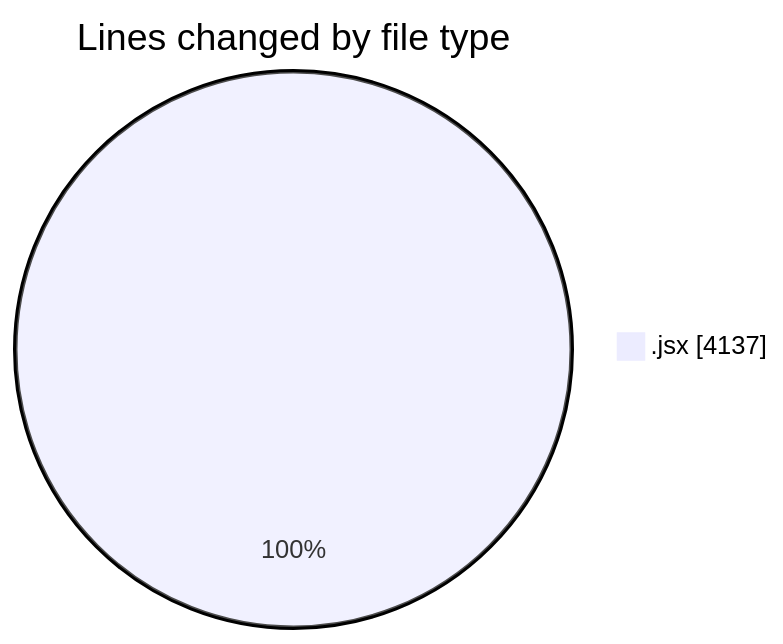
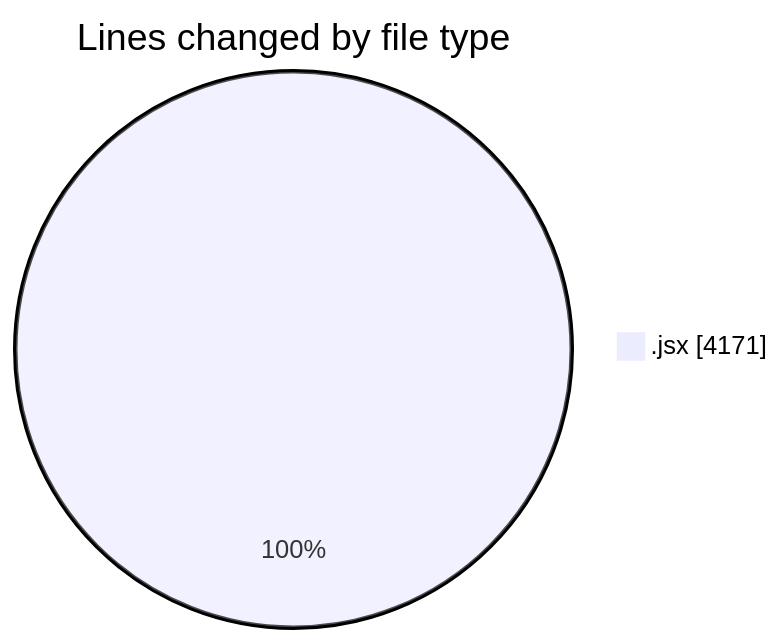
One commit to nxtqubesakshisongat/code-tracking changed the first of 2 diagrams in 2025-07-08/argos/README.md. Above: the diagram before and after it, drawn with Mermaid. The commit also changed other lines of this file and 1 other file, not shown here.

````diff
--- a/2025-07-08/argos/README.md
+++ b/2025-07-08/argos/README.md
@@ -25,5 +25,5 @@
 ```mermaid
 pie showData
 title Lines changed by file type
-".jsx" : 4137
+".jsx" : 4171
 ```
````
